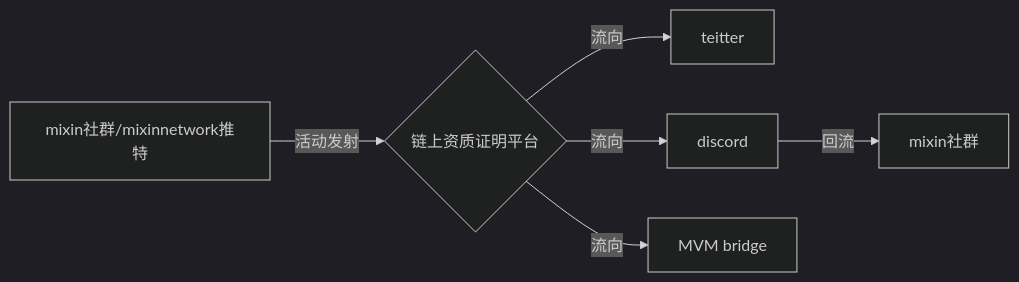
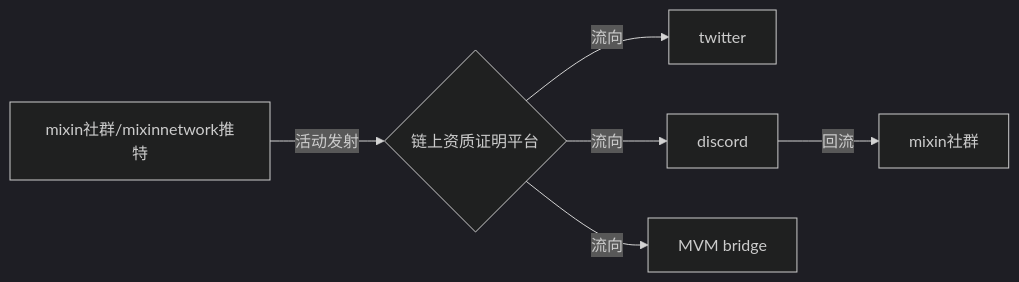
The diagram in MVM bridge airdrop/README.md (Jesseyzx/Freespace), drawn with Mermaid (dark theme) before and after one commit.

````diff
--- a/MVM bridge airdrop/README.md
+++ b/MVM bridge airdrop/README.md
@@ -11,8 +11,8 @@
 ```mermaid
 flowchart LR
 A[mixin社群/mixinnetwork推特] -->|活动发射|B{链上资质证明平台}
-B -->|流向|C[teitter]
+B -->|流向|C[twitter]
 B -->|流向|D[discord]
 B -->|流向|E[MVM bridge]
 D -->|回流|F[mixin社群]
 ```
````
